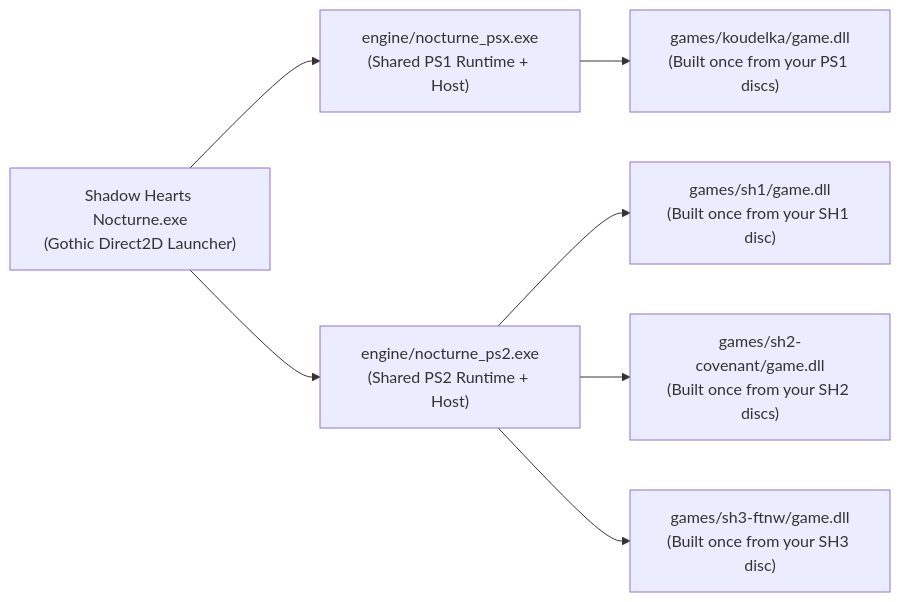
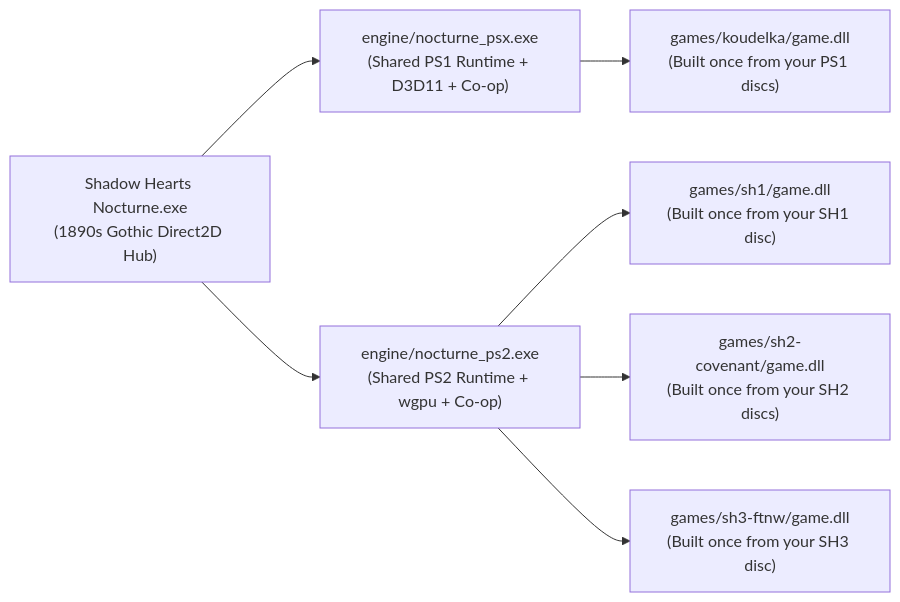
The diagram in README.md (NfgOdin/Shadow-Hearts-Nocturne), drawn with Mermaid before and after one commit. The commit also changed other lines of this file, not shown here.

Commit message:
docs: complete README overhaul covering all Quadrilogy, Koudelka remaster, Co-op lockstep, Mod Engine, Archives Library, and CI updates

````diff
--- a/README.md
+++ b/README.md
@@ -67,17 +74,17 @@
 ```mermaid
 flowchart LR
-    L["Shadow Hearts Nocturne.exe<br/>(Gothic Direct2D Launcher)"]
-    PS1["engine/nocturne_psx.exe<br/>(Shared PS1 Runtime + Host)"]
-    PS2["engine/nocturne_ps2.exe<br/>(Shared PS2 Runtime + Host)"]
+    L["Shadow Hearts Nocturne.exe<br/>(1890s Gothic Direct2D Hub)"]
+    PS1["engine/nocturne_psx.exe<br/>(Shared PS1 Runtime + D3D11 + Co-op)"]
+    PS2["engine/nocturne_ps2.exe<br/>(Shared PS2 Runtime + wgpu + Co-op)"]
     K["games/koudelka/game.dll<br/>(Built once from your PS1 discs)"]
     S1["games/sh1/game.dll<br/>(Built once from your SH1 disc)"]
     S2["games/sh2-covenant/game.dll<br/>(Built once from your SH2 discs)"]
     S3["games/sh3-ftnw/game.dll<br/>(Built once from your SH3 disc)"]
 
     L --> PS1
     L --> PS2
     PS1 --> K
     PS2 --> S1
     PS2 --> S2
     PS2 --> S3
 ```
````
